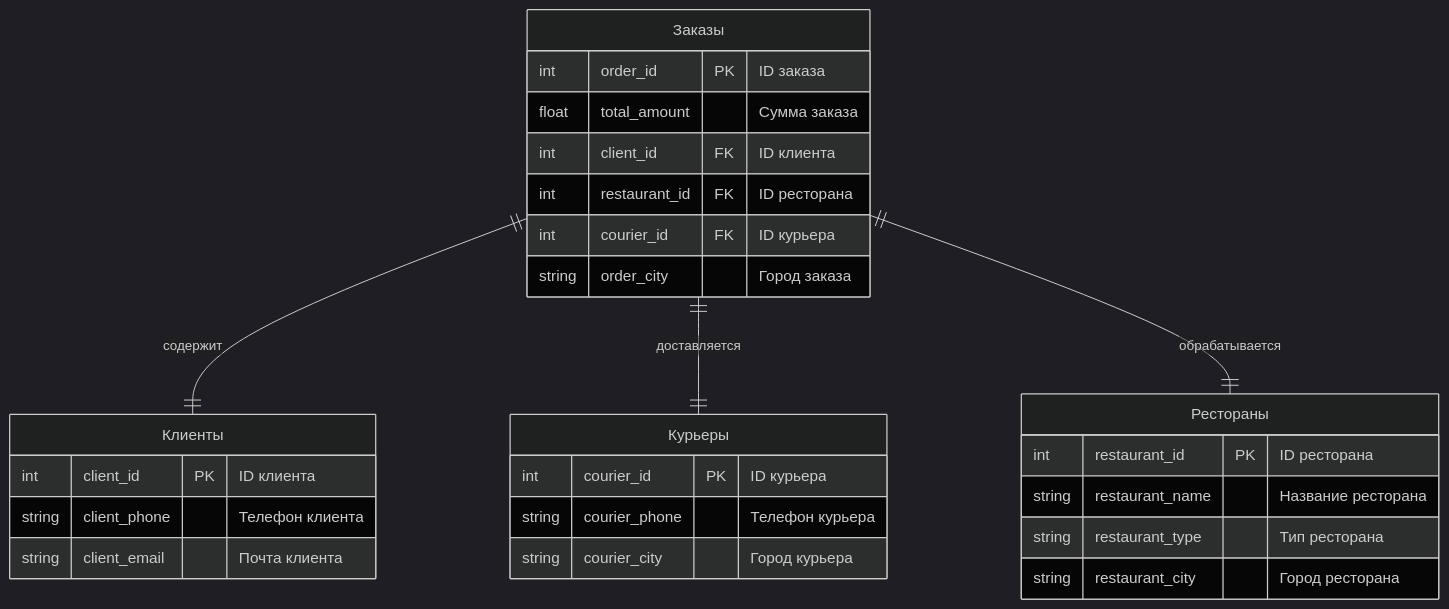
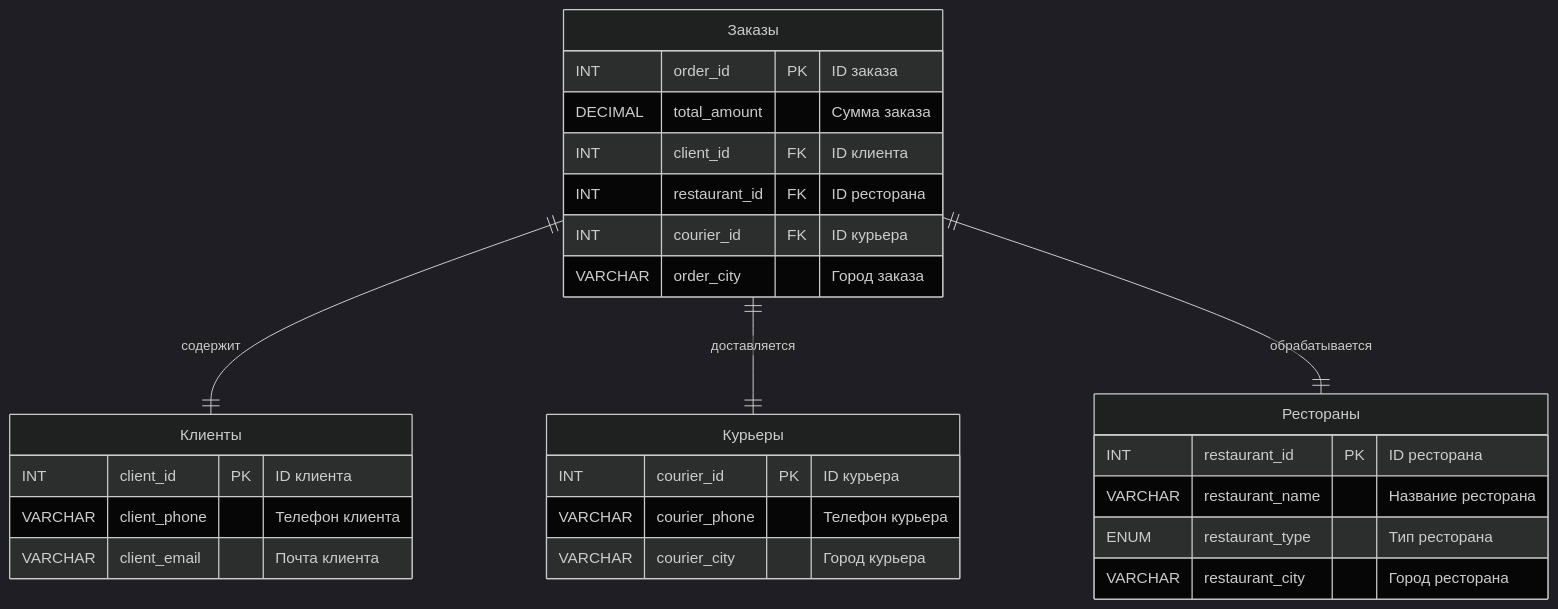
Before and after one commit to vshp-online/it.vshp.online: the first of 5 diagrams in disciplines/it03/lectures/02_lecture.md, drawn with Mermaid (dark theme). The commit also changed other lines of this file, not shown here.

````diff
--- a/disciplines/it03/lectures/02_lecture.md
+++ b/disciplines/it03/lectures/02_lecture.md
@@ -183,30 +183,30 @@
 ```mermaid
 erDiagram
     Orders["Заказы"] {
-        int order_id PK "ID заказа"
-        float total_amount "Сумма заказа"
-        int client_id FK "ID клиента"
-        int restaurant_id FK "ID ресторана"
-        int courier_id FK "ID курьера"
-        string order_city "Город заказа"
+        INT order_id PK "ID заказа"
+        DECIMAL total_amount "Сумма заказа"
+        INT client_id FK "ID клиента"
+        INT restaurant_id FK "ID ресторана"
+        INT courier_id FK "ID курьера"
+        VARCHAR order_city "Город заказа"
     }
     Clients["Клиенты"] {
-        int client_id PK "ID клиента"
-        string client_phone "Телефон клиента"
-        string client_email "Почта клиента"
+        INT client_id PK "ID клиента"
+        VARCHAR client_phone "Телефон клиента"
+        VARCHAR client_email "Почта клиента"
     }
     Couriers["Курьеры"] {
-        int courier_id PK "ID курьера"
-        string courier_phone "Телефон курьера"
-        string courier_city "Город курьера"
+        INT courier_id PK "ID курьера"
+        VARCHAR courier_phone "Телефон курьера"
+        VARCHAR courier_city "Город курьера"
     }
     Restaurants["Рестораны"] {
-        int restaurant_id PK "ID ресторана"
-        string restaurant_name "Название ресторана"
-        string restaurant_type "Тип ресторана"
-        string restaurant_city "Город ресторана"
+        INT restaurant_id PK "ID ресторана"
+        VARCHAR restaurant_name "Название ресторана"
+        ENUM restaurant_type "Тип ресторана"
+        VARCHAR restaurant_city "Город ресторана"
     }
     Orders ||--|| Clients : "содержит"
     Orders ||--|| Couriers : "доставляется"
     Orders ||--|| Restaurants : "обрабатывается"
 ```
````
